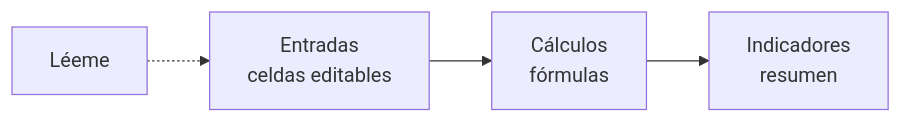
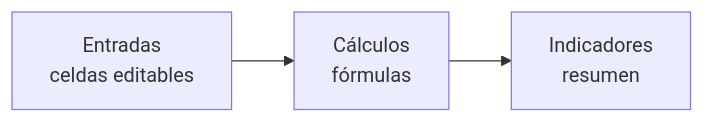
Before and after one commit to Andresp202/Proyecto-integrador-APM-Automatizacion-de-lineas-de-produccion-de-lacteos: the diagram in Modulos/Modulo 3/Indicadores.md, drawn with Mermaid.

Commit message:
Remove 'Léeme' node from flowchart

````diff
--- a/Modulos/Modulo 3/Indicadores.md
+++ b/Modulos/Modulo 3/Indicadores.md
@@ -11,6 +11,5 @@
 ```mermaid
 flowchart LR
-    L[Léeme] -.-> A
     A[Entradas<br/>celdas editables] --> B[Cálculos<br/>fórmulas]
     B --> C[Indicadores<br/>resumen]
 ```
````
